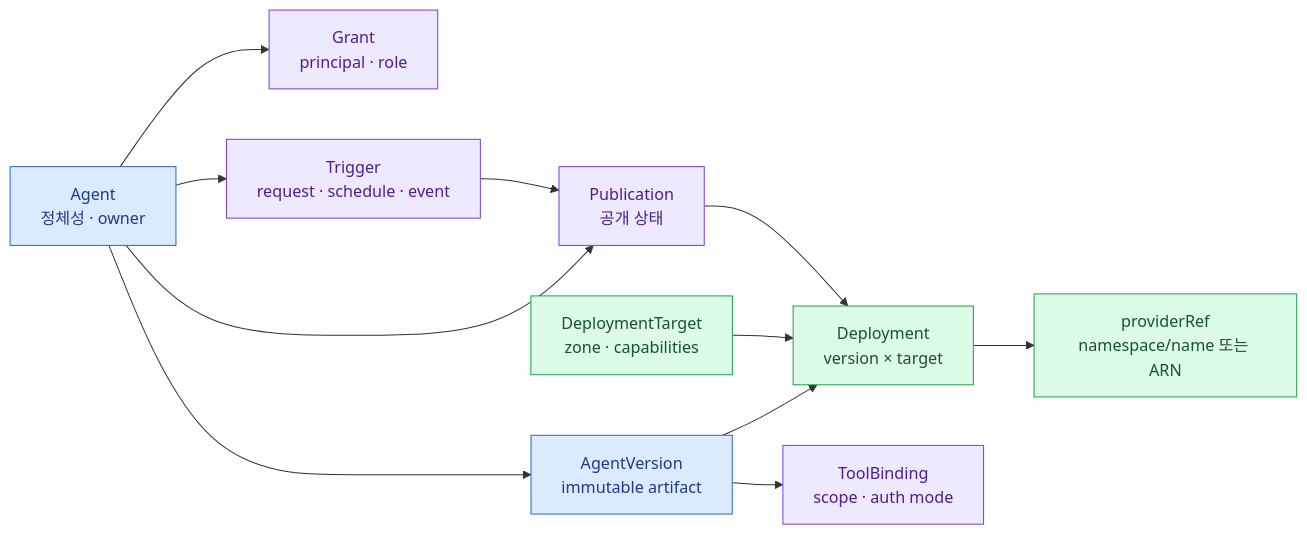
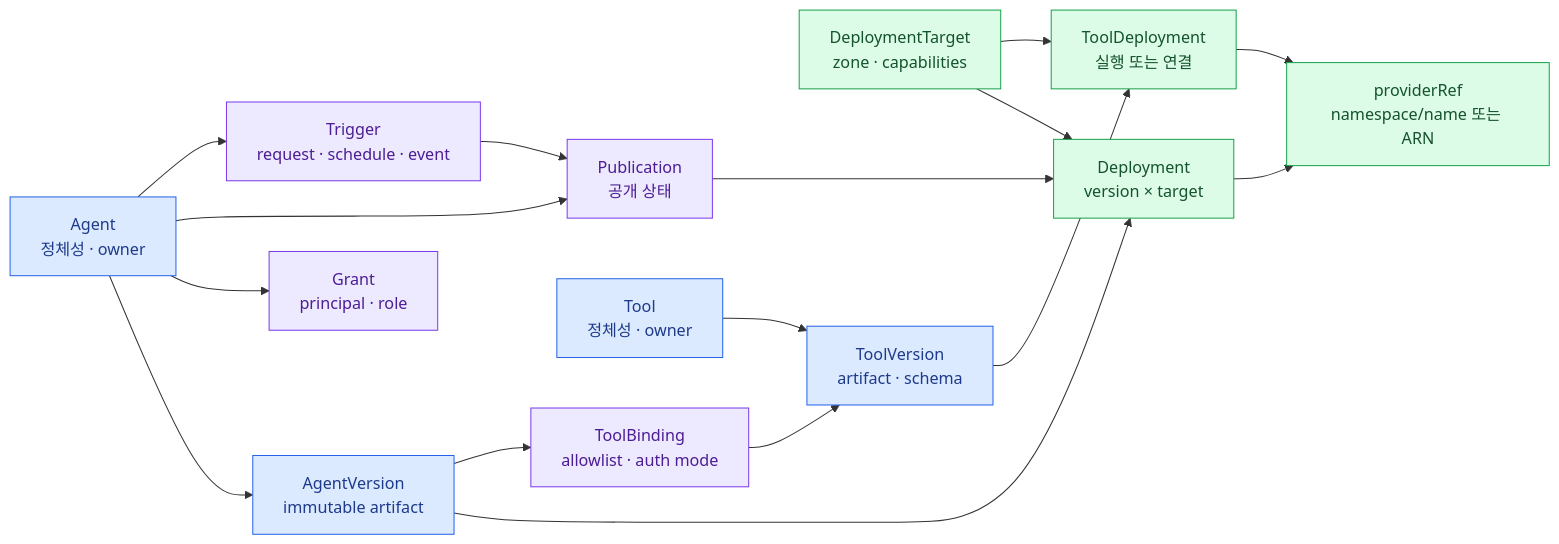
The first of 2 diagrams in src/content/docs/agent-platform/02-domain-model.mdx (mechurak/study-starlight), drawn with Mermaid before and after one commit. The commit also changed other lines of this file and 16 other files, not shown here.

````diff
--- a/src/content/docs/agent-platform/02-domain-model.mdx
+++ b/src/content/docs/agent-platform/02-domain-model.mdx
@@ -23,20 +23,25 @@
 ```mermaid
 flowchart LR
     AG["Agent<br/>정체성 · owner"] --> VER["AgentVersion<br/>immutable artifact"]
     AG --> GRANT["Grant<br/>principal · role"]
     AG --> PUB["Publication<br/>공개 상태"]
     AG --> TRG["Trigger<br/>request · schedule · event"]
     VER --> DEP["Deployment<br/>version × target"]
     TARGET["DeploymentTarget<br/>zone · capabilities"] --> DEP
     DEP --> PREF["providerRef<br/>namespace/name 또는 ARN"]
-    VER --> TOOL["ToolBinding<br/>scope · auth mode"]
+    T["Tool<br/>정체성 · owner"] --> TV["ToolVersion<br/>artifact · schema"]
+    TV --> TDEP["ToolDeployment<br/>실행 또는 연결"]
+    TARGET --> TDEP
+    TDEP --> PREF
+    VER --> TOOL["ToolBinding<br/>allowlist · auth mode"]
+    TOOL --> TV
     PUB --> DEP
     TRG --> PUB
 
     classDef key fill:#dbeafe,stroke:#2563eb,color:#1e3a8a
     classDef zone fill:#ede9fe,stroke:#7c3aed,color:#4c1d95
     classDef ok fill:#dcfce7,stroke:#16a34a,color:#14532d
-    class AG,VER key
+    class AG,VER,T,TV key
     class GRANT,PUB,TRG,TOOL zone
-    class DEP,TARGET,PREF ok
+    class DEP,TDEP,TARGET,PREF ok
 ```
````
